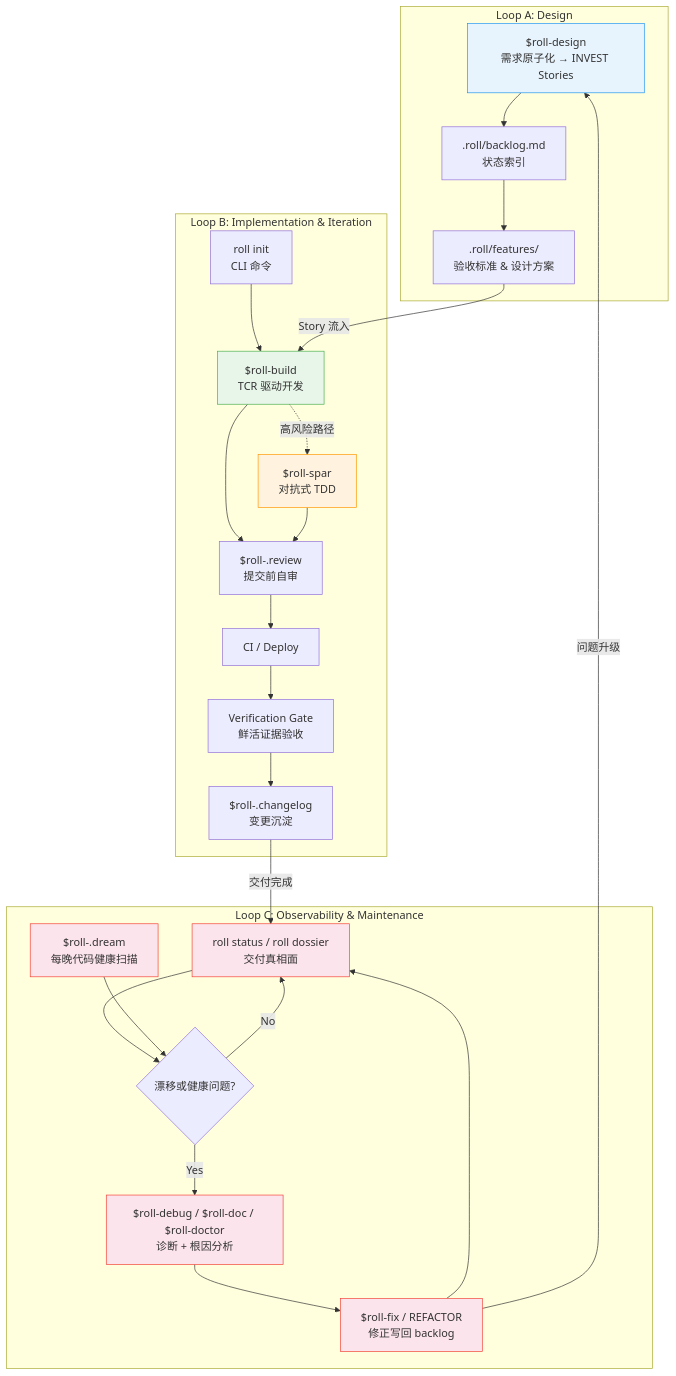
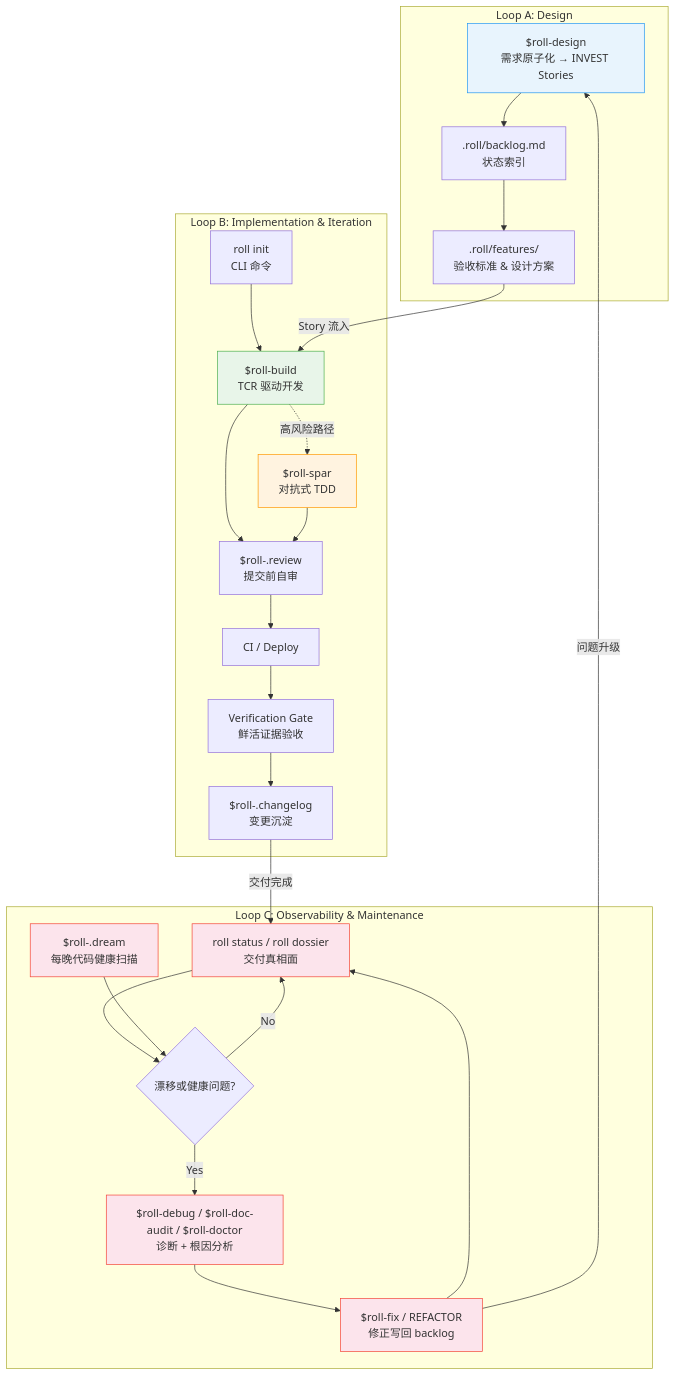
One commit to seanyao/roll changed the first of 2 diagrams in guide/zh/methodology.md. Above: the diagram before and after it, drawn with Mermaid. The commit also changed other lines of this file and 26 other files, not shown here.

Commit message:
Align roll-doc-audit site and docs surfaces

````diff
--- a/guide/zh/methodology.md
+++ b/guide/zh/methodology.md
@@ -24,38 +24,38 @@
 ```mermaid
 graph TB
     subgraph "Loop A: Design"
         A2["$roll-design<br/>需求原子化 → INVEST Stories"] --> A3[".roll/backlog.md<br/>状态索引"]
         A3 --> A4[".roll/features/<br/>验收标准 & 设计方案"]
     end
 
     subgraph "Loop B: Implementation & Iteration"
         B1["roll init<br/>CLI 命令"] --> B2["$roll-build<br/>TCR 驱动开发"]
         B2 --> B3["$roll-.review<br/>提交前自审"]
         B3 --> B4["CI / Deploy"]
         B4 --> B5["Verification Gate<br/>鲜活证据验收"]
         B5 --> B6["$roll-.changelog<br/>变更沉淀"]
         B2 -.->|高风险路径| B7["$roll-spar<br/>对抗式 TDD"]
         B7 --> B3
     end
 
     subgraph "Loop C: Observability & Maintenance"
         C1["roll status / roll dossier<br/>交付真相面"] --> C2{"漂移或健康问题?"}
-        C2 -->|Yes| C3["$roll-debug / $roll-doc / $roll-doctor<br/>诊断 + 根因分析"]
+        C2 -->|Yes| C3["$roll-debug / $roll-doc-audit / $roll-doctor<br/>诊断 + 根因分析"]
         C3 --> C5["$roll-fix / REFACTOR<br/>修正写回 backlog"]
         C6["$roll-.dream<br/>每晚代码健康扫描"] --> C2
         C5 --> C1
         C2 -->|No| C1
     end
 
     A4 -->|"Story 流入"| B2
     B6 -->|"交付完成"| C1
     C5 -->|"问题升级"| A2
 
     style A2 fill:#e8f4fd,stroke:#2196F3
     style B2 fill:#e8f5e9,stroke:#4CAF50
     style B7 fill:#fff3e0,stroke:#FF9800
     style C1 fill:#fce4ec,stroke:#F44336
     style C3 fill:#fce4ec,stroke:#F44336
     style C5 fill:#fce4ec,stroke:#F44336
     style C6 fill:#fce4ec,stroke:#F44336
 ```
````
